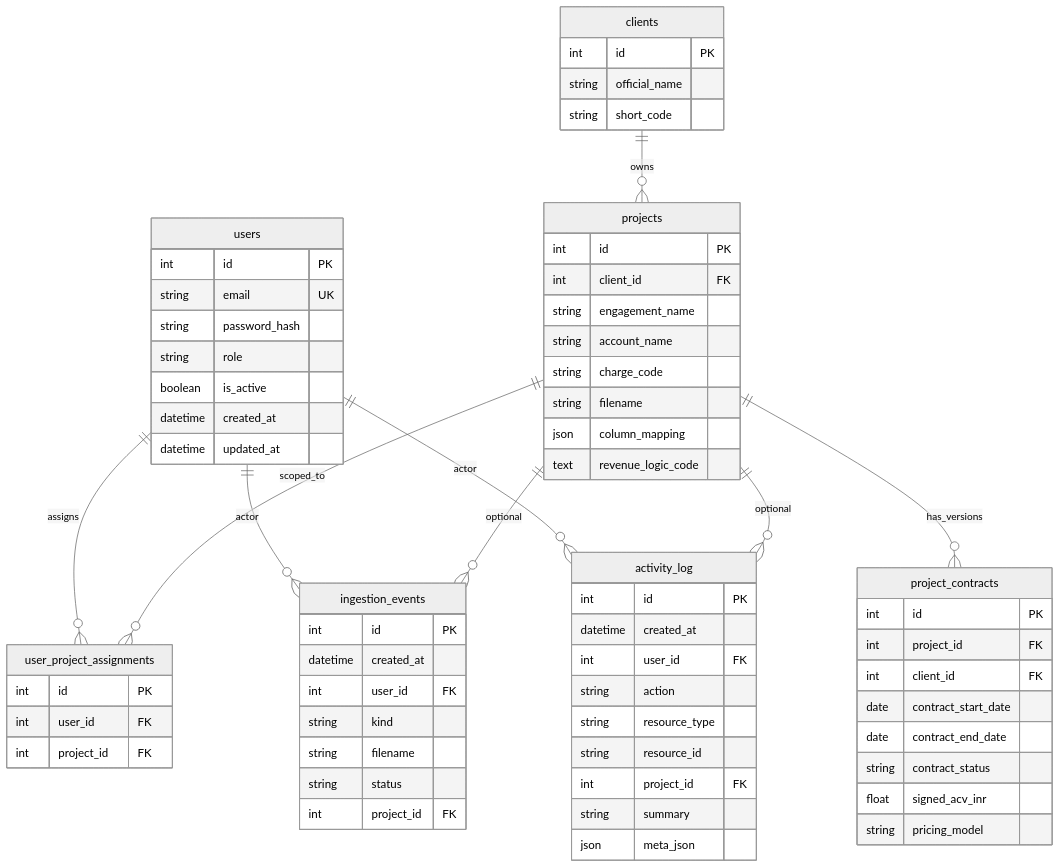
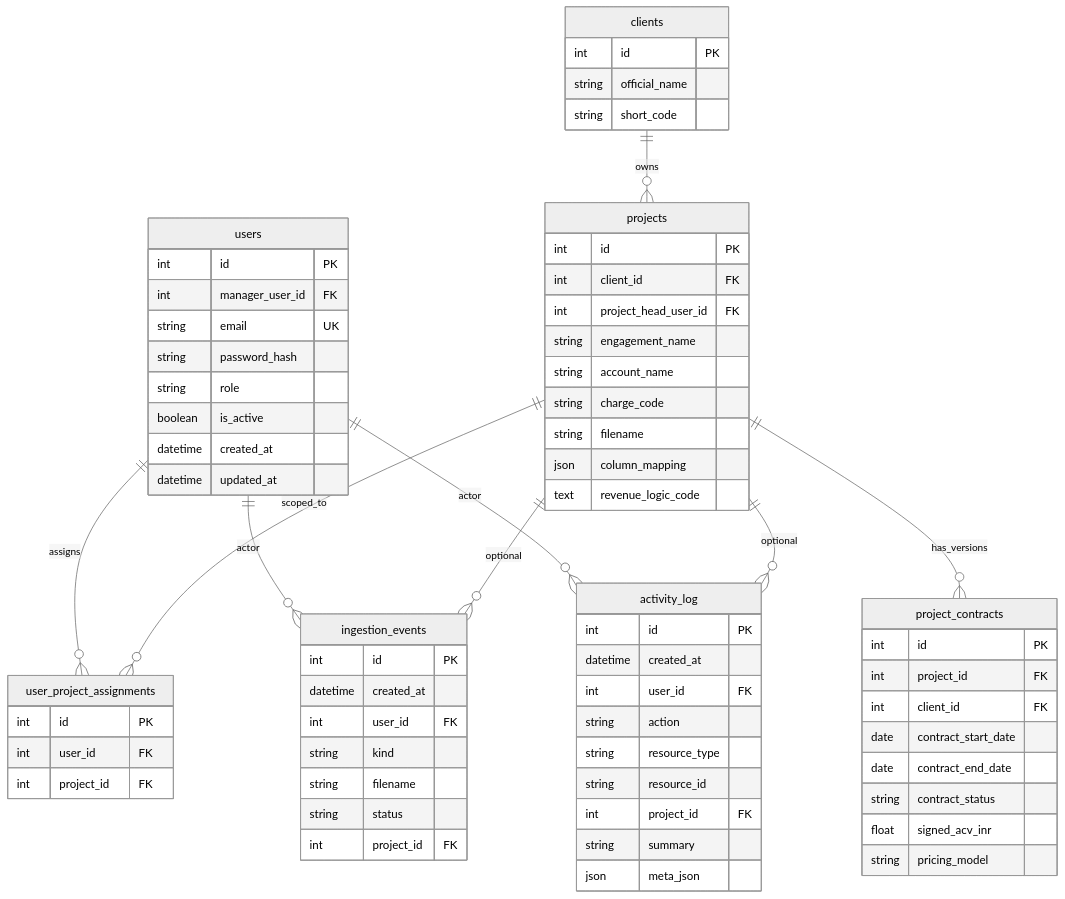
One commit to abhijeet42cy6/taggd changed the first of 5 diagrams in DATABASE_SCHEMA.md. Above: the diagram before and after it, drawn with Mermaid (neutral theme). The commit also changed other lines of this file and 594 other files, not shown here.

````diff
--- a/DATABASE_SCHEMA.md
+++ b/DATABASE_SCHEMA.md
@@ -322,77 +497,79 @@
 ```mermaid
 erDiagram
     users ||--o{ user_project_assignments : assigns
     projects ||--o{ user_project_assignments : scoped_to
     users ||--o{ ingestion_events : actor
     projects ||--o{ ingestion_events : optional
     users ||--o{ activity_log : actor
     projects ||--o{ activity_log : optional
     clients ||--o{ projects : owns
     projects ||--o{ project_contracts : has_versions
 
     users {
         int id PK
+        int manager_user_id FK
         string email UK
         string password_hash
         string role
         boolean is_active
         datetime created_at
         datetime updated_at
     }
 
     user_project_assignments {
         int id PK
         int user_id FK
         int project_id FK
     }
 
     ingestion_events {
         int id PK
         datetime created_at
         int user_id FK
         string kind
         string filename
         string status
         int project_id FK
     }
 
     activity_log {
         int id PK
         datetime created_at
         int user_id FK
         string action
         string resource_type
         string resource_id
         int project_id FK
         string summary
         json meta_json
     }
 
     clients {
         int id PK
         string official_name
         string short_code
     }
 
     projects {
         int id PK
         int client_id FK
+        int project_head_user_id FK
         string engagement_name
         string account_name
         string charge_code
         string filename
         json column_mapping
         text revenue_logic_code
     }
 
     project_contracts {
         int id PK
         int project_id FK
         int client_id FK
         date contract_start_date
         date contract_end_date
         string contract_status
         float signed_acv_inr
         string pricing_model
     }
 ```
````
